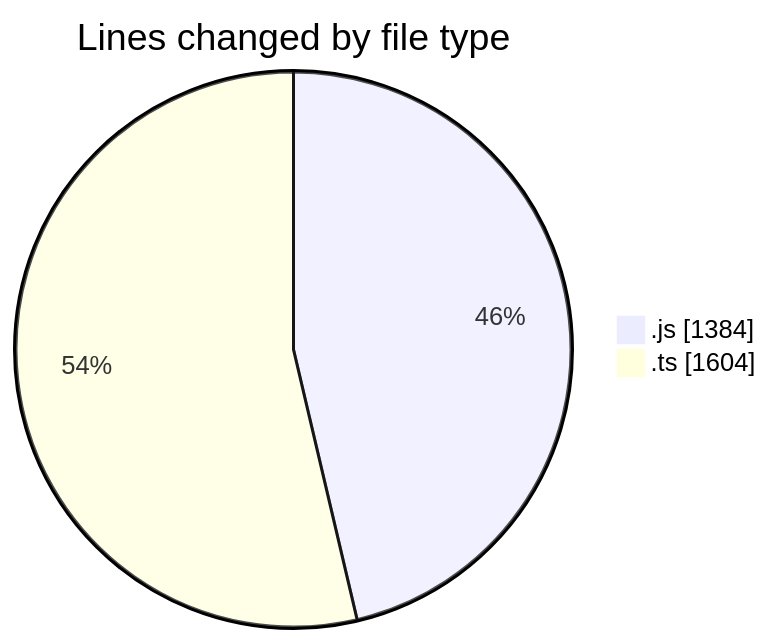
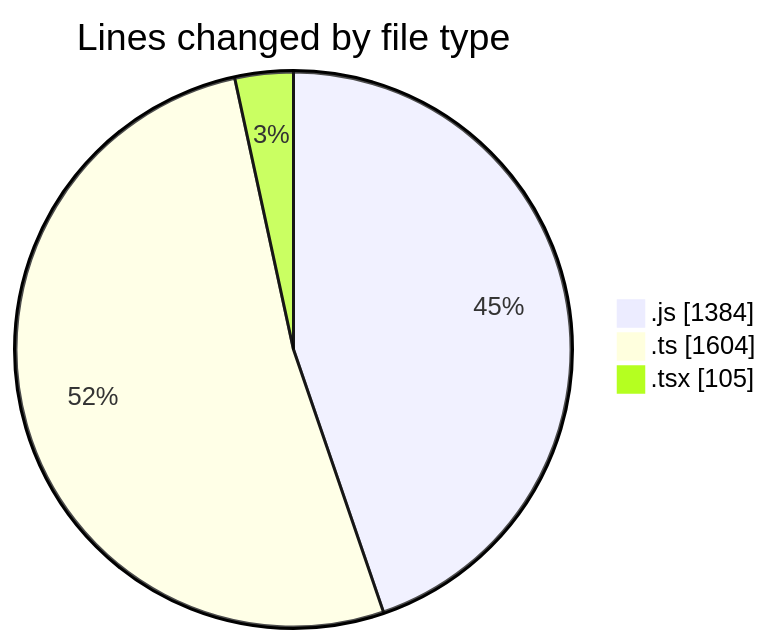
One commit to momahboobian/code-tracking changed the first of 2 diagrams in 2026-02-04/cda/README.md. Above: the diagram before and after it, drawn with Mermaid. The commit also changed other lines of this file and 1 other file, not shown here.

````diff
--- a/2026-02-04/cda/README.md
+++ b/2026-02-04/cda/README.md
@@ -23,6 +24,7 @@
 ```mermaid
 pie showData
 title Lines changed by file type
 ".js" : 1384
 ".ts" : 1604
+".tsx" : 105
 ```
````
